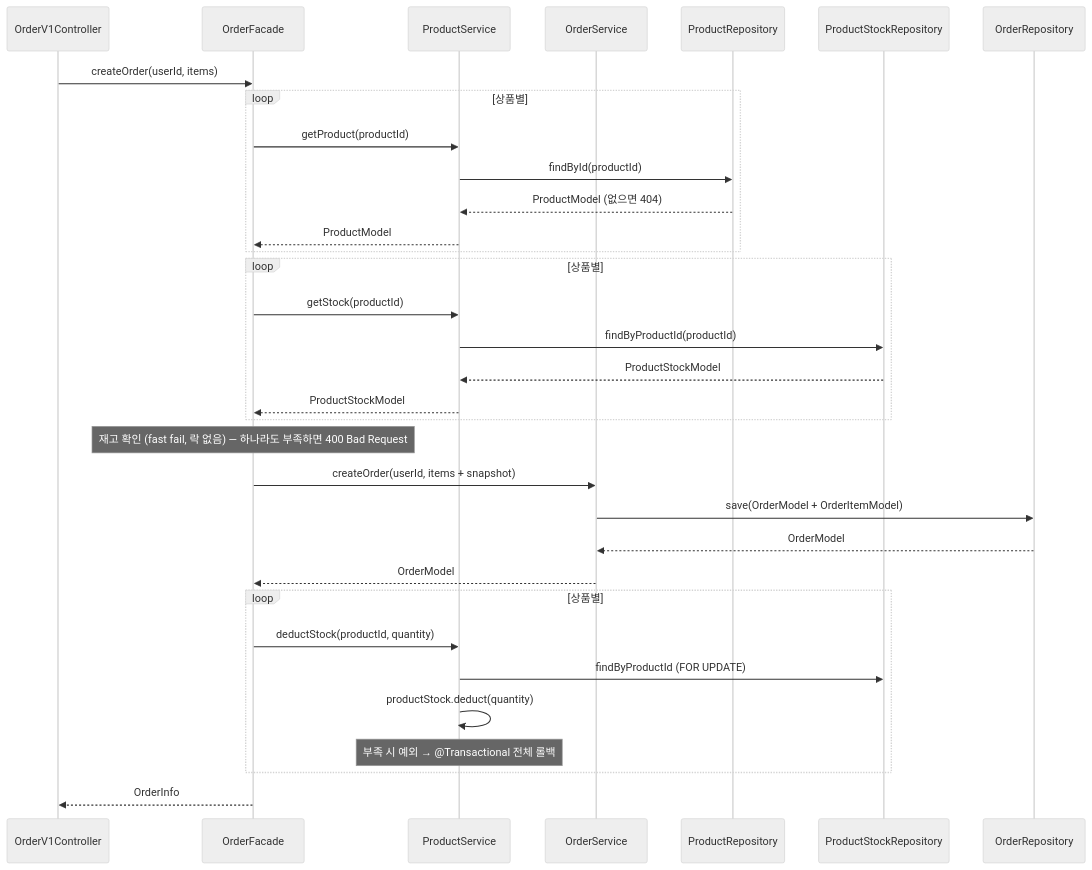
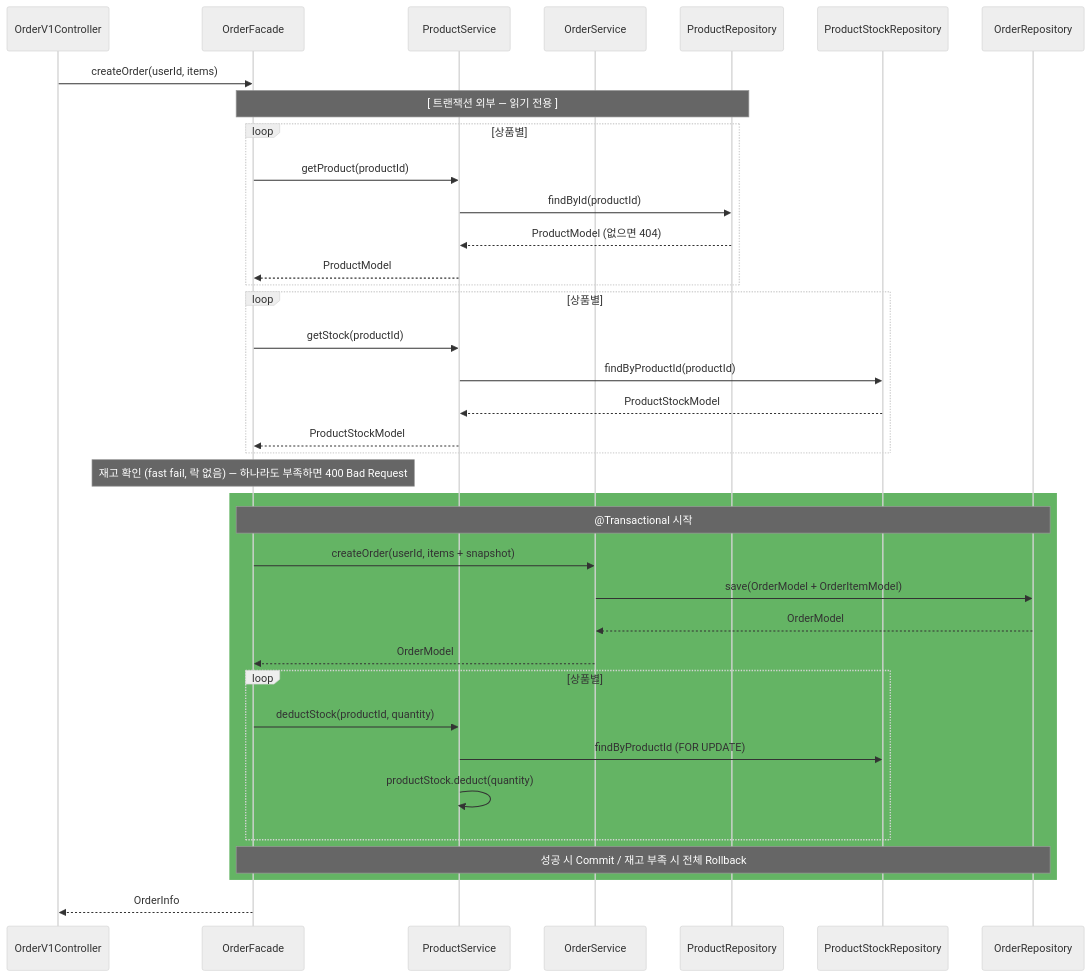
Diagram 14 of 18 in docs/v3/sequence.md (Hangju0610/loop-pack-be-l2-vol4-java), drawn with Mermaid (neutral theme) before and after one commit.

Commit message:
docs: 주문 생성 시퀀스에 @Transactional 범위 시각화
rect 블록으로 트랜잭션 경계를 명시적으로 표시.
트랜잭션 외부(읽기 전용)와 내부(주문 생성 + 재고 차감)를 구분.

````diff
--- a/docs/v3/sequence.md
+++ b/docs/v3/sequence.md
@@ -326,42 +326,48 @@
 ```mermaid
 sequenceDiagram
     participant OrderV1Controller
     participant OrderFacade
     participant ProductService
     participant OrderService
     participant ProductRepository
     participant ProductStockRepository
     participant OrderRepository
 
     OrderV1Controller->>OrderFacade: createOrder(userId, items)
+
+    Note over OrderFacade,ProductRepository: [ 트랜잭션 외부 — 읽기 전용 ]
 
     loop 상품별
         OrderFacade->>ProductService: getProduct(productId)
         ProductService->>ProductRepository: findById(productId)
         ProductRepository-->>ProductService: ProductModel (없으면 404)
         ProductService-->>OrderFacade: ProductModel
     end
 
     loop 상품별
         OrderFacade->>ProductService: getStock(productId)
         ProductService->>ProductStockRepository: findByProductId(productId)
         ProductStockRepository-->>ProductService: ProductStockModel
         ProductService-->>OrderFacade: ProductStockModel
     end
 
     Note over OrderFacade: 재고 확인 (fast fail, 락 없음) — 하나라도 부족하면 400 Bad Request
 
-    OrderFacade->>OrderService: createOrder(userId, items + snapshot)
-    OrderService->>OrderRepository: save(OrderModel + OrderItemModel)
-    OrderRepository-->>OrderService: OrderModel
-    OrderService-->>OrderFacade: OrderModel
+    rect rgb(100, 180, 100)
+        Note over OrderFacade,OrderRepository: @Transactional 시작
+        OrderFacade->>OrderService: createOrder(userId, items + snapshot)
+        OrderService->>OrderRepository: save(OrderModel + OrderItemModel)
+        OrderRepository-->>OrderService: OrderModel
+        OrderService-->>OrderFacade: OrderModel
 
-    loop 상품별
-        OrderFacade->>ProductService: deductStock(productId, quantity)
-        ProductService->>ProductStockRepository: findByProductId (FOR UPDATE)
-        ProductService->>ProductService: productStock.deduct(quantity)
-        Note over ProductService: 부족 시 예외 → @Transactional 전체 롤백
+        loop 상품별
+            OrderFacade->>ProductService: deductStock(productId, quantity)
+            ProductService->>ProductStockRepository: findByProductId (FOR UPDATE)
+            ProductService->>ProductService: productStock.deduct(quantity)
+        end
+
+        Note over OrderFacade,OrderRepository: 성공 시 Commit / 재고 부족 시 전체 Rollback
     end
 
     OrderFacade-->>OrderV1Controller: OrderInfo
 ```
````
